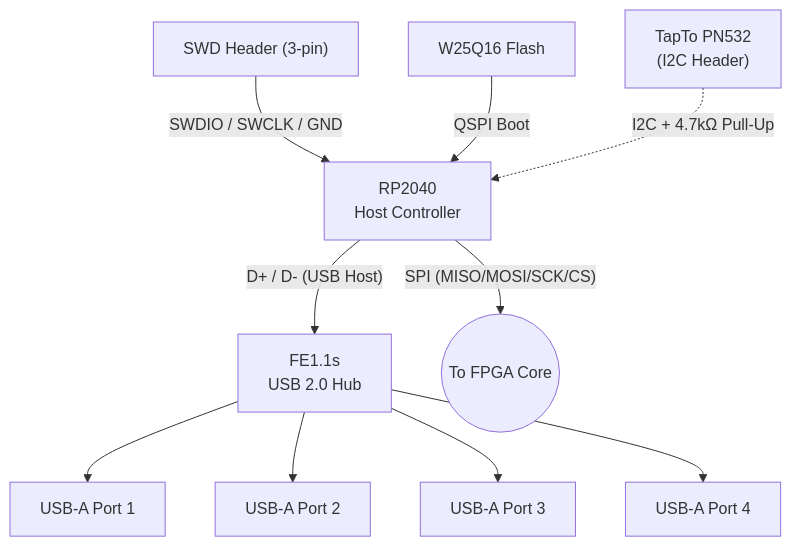
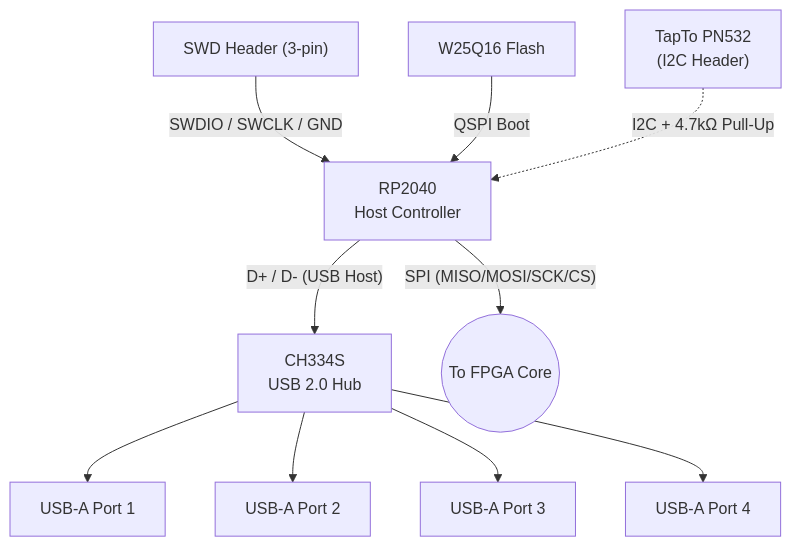
The third of 7 diagrams in README.md (supermomo31/PCE_colorlight_carrier), drawn with Mermaid before and after one commit. The commit also changed other lines of this file, not shown here.

````diff
--- a/README.md
+++ b/README.md
@@ -194,16 +196,16 @@
 ```mermaid
 graph TD
-    FE["FE1.1s<br/>USB 2.0 Hub"]
+    FE["CH334S<br/>USB 2.0 Hub"]
     P1["USB-A Port 1"] & P2["USB-A Port 2"] & P3["USB-A Port 3"] & P4["USB-A Port 4"]
     RP["RP2040<br/>Host Controller"]
     SWD["SWD Header (3-pin)"]
     FL["W25Q16 Flash"]
     TAP["TapTo PN532<br/>(I2C Header)"]
 
     FE --> P1 & P2 & P3 & P4
     RP -->|"D+ / D- (USB Host)"| FE
     SWD -->|"SWDIO / SWCLK / GND"| RP
     FL -->|"QSPI Boot"| RP
     TAP -.->|"I2C + 4.7kΩ Pull-Up"| RP
     RP -->|"SPI (MISO/MOSI/SCK/CS)"| FPGA(("To FPGA Core"))
 ```
````
